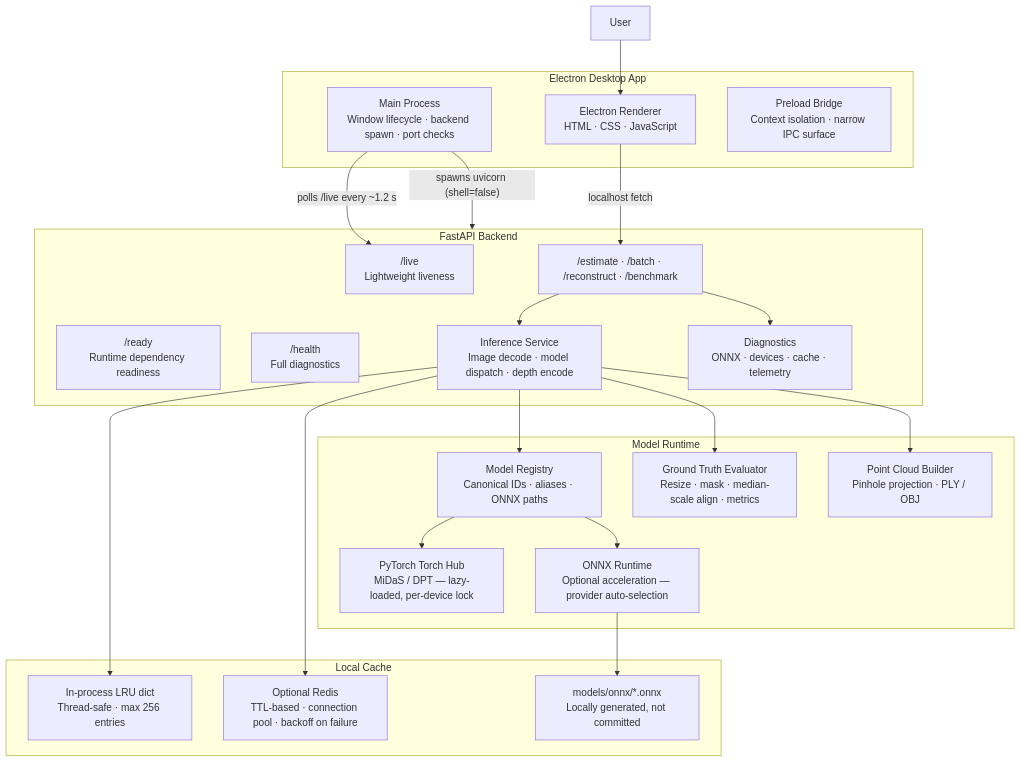
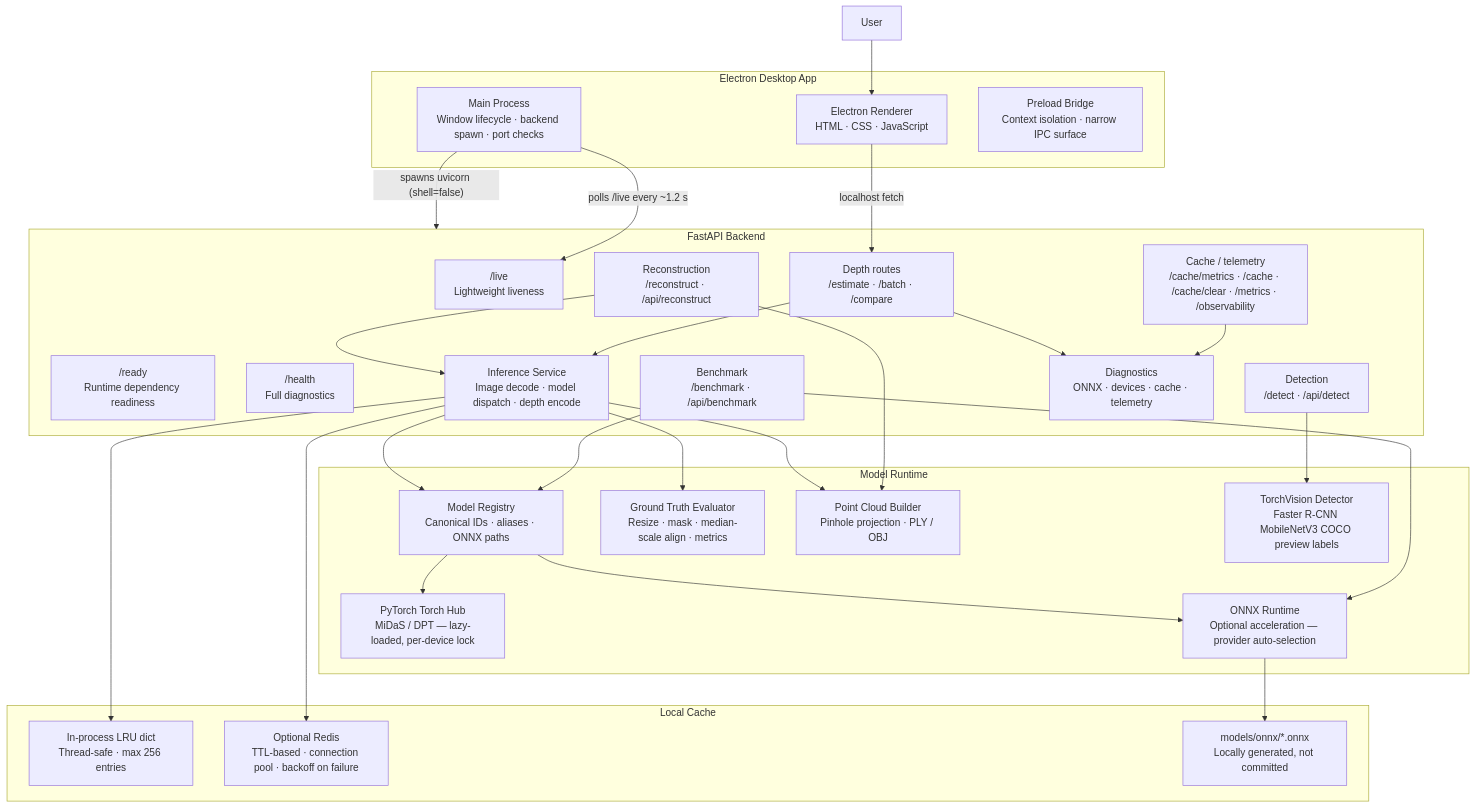
The diagram in docs/system-architecture.md (AyushmanRaha/DepthLensPro), drawn with Mermaid before and after one commit. The commit also changed 5 other files, not shown here.

````diff
--- a/docs/system-architecture.md
+++ b/docs/system-architecture.md
@@ -13,47 +13,58 @@
 ```mermaid
 flowchart TB
     User["User"] --> Renderer["Electron Renderer\nHTML · CSS · JavaScript"]
 
     subgraph Electron["Electron Desktop App"]
         Main["Main Process\nWindow lifecycle · backend spawn · port checks"]
         Preload["Preload Bridge\nContext isolation · narrow IPC surface"]
         Renderer
     end
 
     subgraph API["FastAPI Backend"]
         Live["/live\nLightweight liveness"]
         Ready["/ready\nRuntime dependency readiness"]
         Health["/health\nFull diagnostics"]
-        Routes["/estimate · /batch · /reconstruct · /benchmark"]
+        Routes["Depth routes<br/>/estimate · /batch · /compare"]
+        ReconstructionRoutes["Reconstruction<br/>/reconstruct · /api/reconstruct"]
+        DetectionRoutes["Detection<br/>/detect · /api/detect"]
+        BenchmarkRoutes["Benchmark<br/>/benchmark · /api/benchmark"]
+        CacheRoutes["Cache / telemetry<br/>/cache/metrics · /cache · /cache/clear · /metrics · /observability"]
         Inference["Inference Service\nImage decode · model dispatch · depth encode"]
         Diagnostics["Diagnostics\nONNX · devices · cache · telemetry"]
     end
 
     subgraph Runtime["Model Runtime"]
         Registry["Model Registry\nCanonical IDs · aliases · ONNX paths"]
         Torch["PyTorch Torch Hub\nMiDaS / DPT — lazy-loaded, per-device lock"]
         ONNX["ONNX Runtime\nOptional acceleration — provider auto-selection"]
         GT["Ground Truth Evaluator\nResize · mask · median-scale align · metrics"]
         Reconstruct["Point Cloud Builder\nPinhole projection · PLY / OBJ"]
+        Detector["TorchVision Detector\nFaster R-CNN MobileNetV3 COCO preview labels"]
     end
 
     subgraph Cache["Local Cache"]
         Memory["In-process LRU dict\nThread-safe · max 256 entries"]
         Redis["Optional Redis\nTTL-based · connection pool · backoff on failure"]
         OnnxFiles["models/onnx/*.onnx\nLocally generated, not committed"]
     end
 
     Main -->|"spawns uvicorn (shell=false)"| API
     Main -->|"polls /live every ~1.2 s"| Live
     Renderer -->|"localhost fetch"| Routes
     Routes --> Inference
+    ReconstructionRoutes --> Reconstruct
+    ReconstructionRoutes --> Inference
+    DetectionRoutes --> Detector
+    BenchmarkRoutes --> Registry
+    BenchmarkRoutes --> ONNX
+    CacheRoutes --> Diagnostics
     Routes --> Diagnostics
     Inference --> Registry
     Registry --> Torch
     Registry --> ONNX
     ONNX --> OnnxFiles
     Inference --> GT
     Inference --> Reconstruct
     Inference --> Memory
     Inference --> Redis
 ```
````
